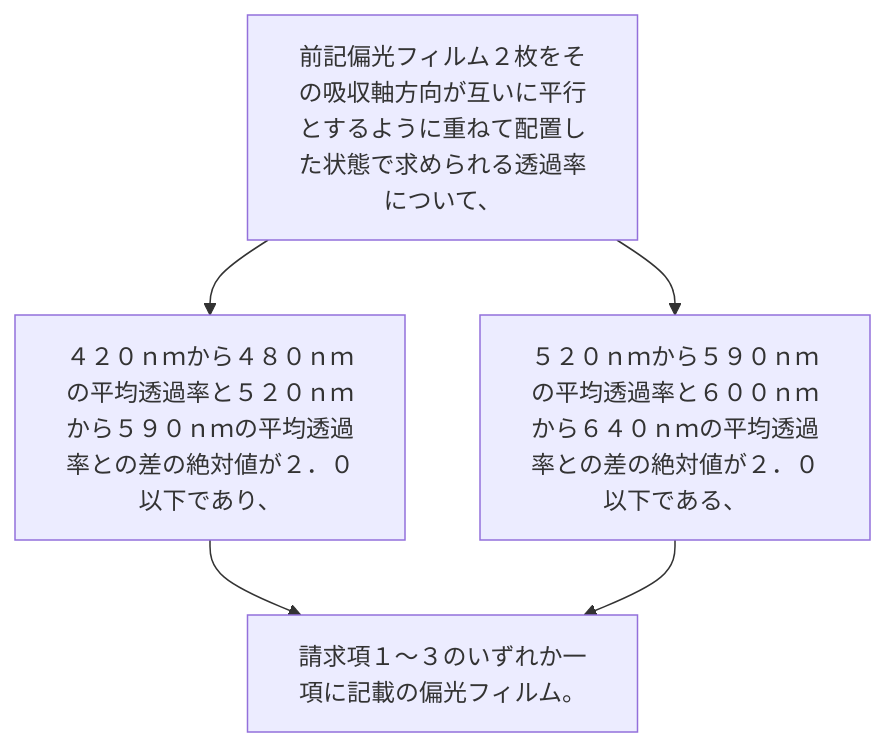
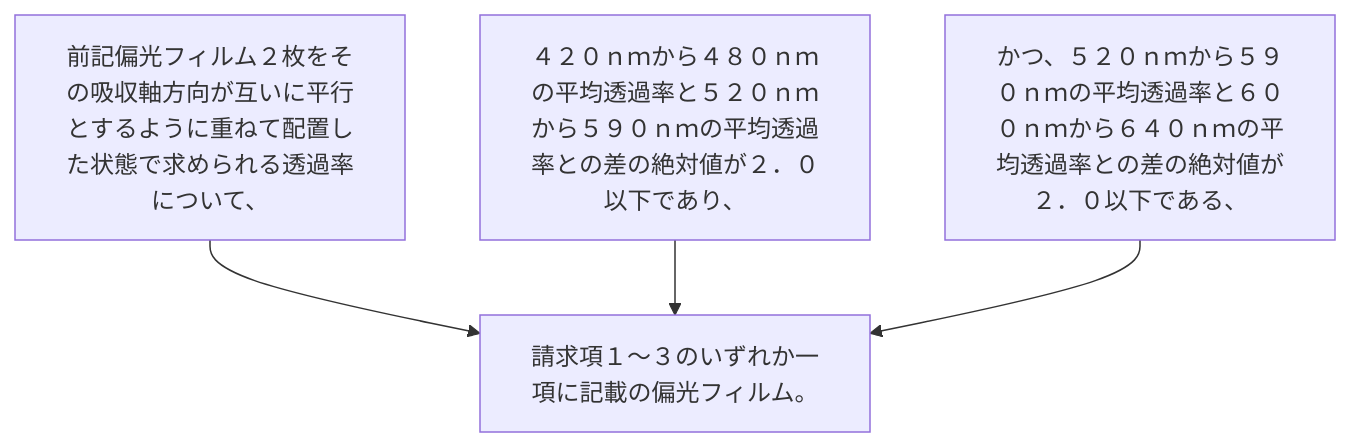
Before and after one commit to shinmori55/patent_analyzed: the diagram in 2024/JP2024031583A/claim_7/README.md, drawn with Mermaid. The commit also changed 336 other files, not shown here.

````diff
--- a/2024/JP2024031583A/claim_7/README.md
+++ b/2024/JP2024031583A/claim_7/README.md
@@ -2,11 +2,10 @@
 ```mermaid
 flowchart TD
 A[前記偏光フィルム２枚をその吸収軸方向が互いに平行とするように重ねて配置した状態で求められる透過率について、]
 B[４２０ｎｍから４８０ｎｍの平均透過率と５２０ｎｍから５９０ｎｍの平均透過率との差の絶対値が２．０以下であり、]
-C[５２０ｎｍから５９０ｎｍの平均透過率と６００ｎｍから６４０ｎｍの平均透過率との差の絶対値が２．０以下である、]
+C[かつ、５２０ｎｍから５９０ｎｍの平均透過率と６００ｎｍから６４０ｎｍの平均透過率との差の絶対値が２．０以下である、]
 D[請求項１～３のいずれか一項に記載の偏光フィルム。]
-A --> B
-A --> C
+A --> D
 B --> D
 C --> D
 ```
````
